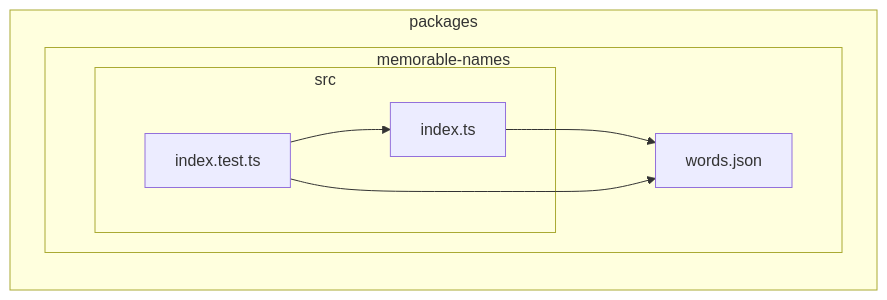
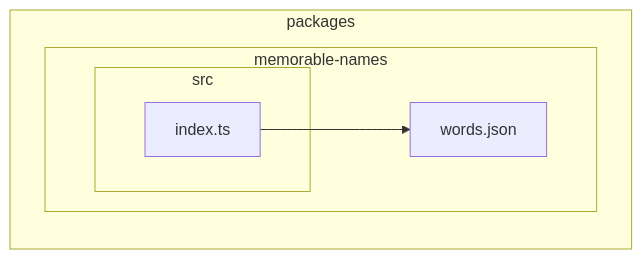
The tenth of 17 diagrams in docs/dependency-graph.md (juspay/kolu), drawn with Mermaid before and after one commit. The commit also changed other lines of this file and 1 other file, not shown here.

First line of the commit message:
chore(depcruise): cluster per-package graphs by subfolder, drop test files

````diff
--- a/docs/dependency-graph.md
+++ b/docs/dependency-graph.md
@@ -938,16 +509,13 @@
 ```mermaid
 flowchart LR
 
 subgraph packages["packages"]
   subgraph packages_memorable_names["memorable-names"]
     subgraph packages_memorable_names_src["src"]
       packages_memorable_names_src_index_ts["index.ts"]
-      packages_memorable_names_src_index_test_ts["index.test.ts"]
     end
     packages_memorable_names_words_json["words.json"]
   end
 end
 packages_memorable_names_src_index_ts-->packages_memorable_names_words_json
-packages_memorable_names_src_index_test_ts-->packages_memorable_names_words_json
-packages_memorable_names_src_index_test_ts-->packages_memorable_names_src_index_ts
 ```
````
